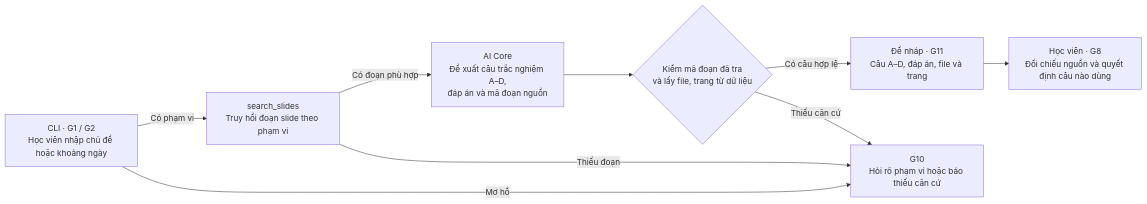
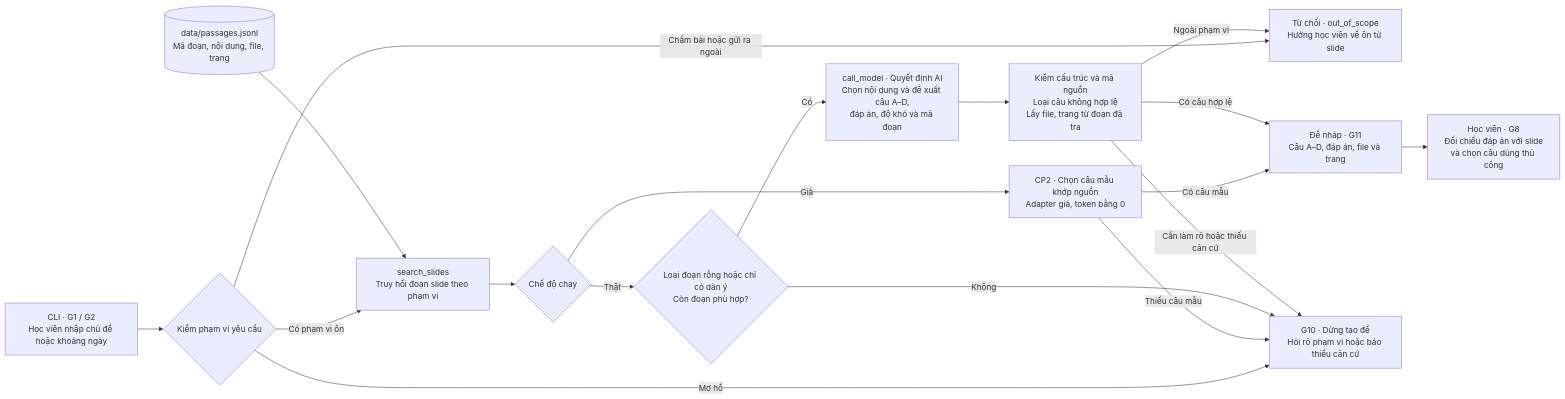
The diagram in spec.md (lam2121/K5-Day15-L3B-NhomBaKhi), drawn with Mermaid before and after one commit. The commit also changed other lines of this file, not shown here.

Commit message:
docs: bổ sung chốt kiểm trong sơ đồ CramAI

````diff
--- a/spec.md
+++ b/spec.md
@@ -39,17 +39,32 @@
 ```mermaid
 flowchart LR
     input["CLI · G1 / G2<br/>Học viên nhập chủ đề hoặc khoảng ngày"]
+    scope{"Kiểm phạm vi yêu cầu"}
+    refusal["Từ chối · out_of_scope<br/>Hướng học viên về ôn từ slide"]
+    corpus[("data/passages.jsonl<br/>Mã đoạn, nội dung, file, trang")]
     retrieve["search_slides<br/>Truy hồi đoạn slide theo phạm vi"]
-    core["AI Core<br/>Đề xuất câu trắc nghiệm A–D,<br/>đáp án và mã đoạn nguồn"]
-    guard{"Kiểm mã đoạn đã tra<br/>và lấy file, trang từ dữ liệu"}
+    mode{"Chế độ chạy"}
+    demo["CP2 · Chọn câu mẫu khớp nguồn<br/>Adapter giả, token bằng 0"]
+    filter{"Loại đoạn rỗng hoặc chỉ có dàn ý<br/>Còn đoạn phù hợp?"}
+    core["call_model · Quyết định AI<br/>Chọn nội dung và đề xuất câu A–D,<br/>đáp án, độ khó và mã đoạn"]
+    guard["Kiểm cấu trúc và mã nguồn<br/>Loại câu không hợp lệ<br/>Lấy file, trang từ đoạn đã tra"]
     output["Đề nháp · G11<br/>Câu A–D, đáp án, file và trang"]
-    review["Học viên · G8<br/>Đối chiếu nguồn và quyết định câu nào dùng"]
-    fallback["G10<br/>Hỏi rõ phạm vi hoặc báo thiếu căn cứ"]
+    review["Học viên · G8<br/>Đối chiếu đáp án với slide<br/>và chọn câu dùng thủ công"]
+    fallback["G10 · Dừng tạo đề<br/>Hỏi rõ phạm vi hoặc báo thiếu căn cứ"]
 
-    input -->|Có phạm vi| retrieve
-    input -->|Mơ hồ| fallback
-    retrieve -->|Có đoạn phù hợp| core --> guard
-    retrieve -->|Thiếu đoạn| fallback
+    input --> scope
+    scope -->|Chấm bài hoặc gửi ra ngoài| refusal
+    scope -->|Mơ hồ| fallback
+    scope -->|Có phạm vi ôn| retrieve
+    corpus --> retrieve
+    retrieve --> mode
+    mode -->|Giả| demo
+    demo -->|Có câu mẫu| output
+    demo -->|Thiếu câu mẫu| fallback
+    mode -->|Thật| filter
+    filter -->|Có| core --> guard
+    filter -->|Không| fallback
     guard -->|Có câu hợp lệ| output --> review
-    guard -->|Thiếu căn cứ| fallback
+    guard -->|Cần làm rõ hoặc thiếu căn cứ| fallback
+    guard -->|Ngoài phạm vi| refusal
 ```
````
